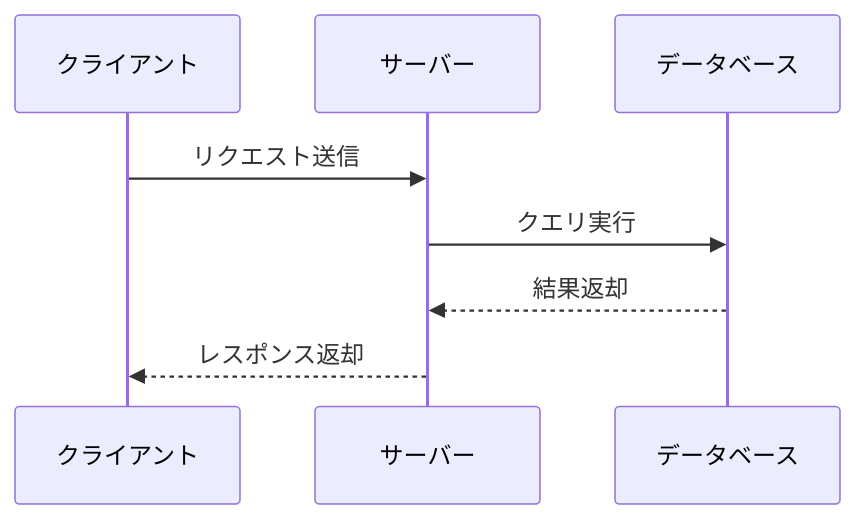
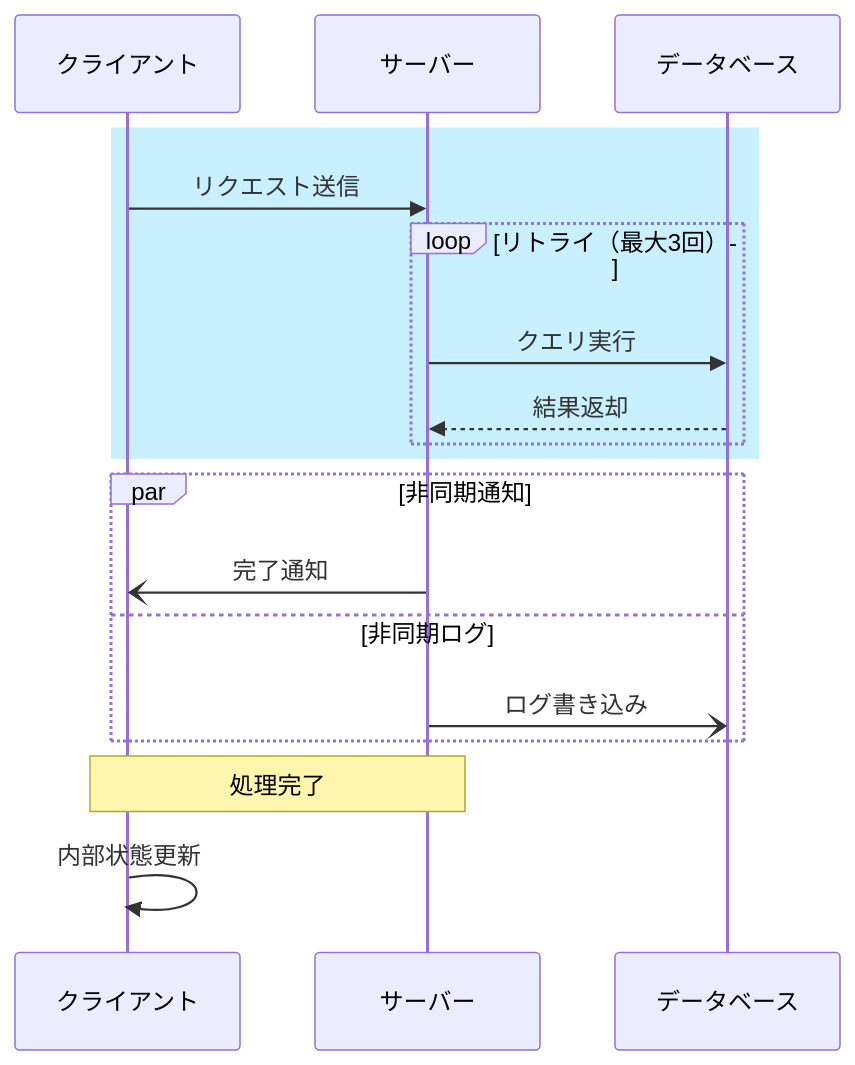
One commit to notfolder/qmd_to_pptx changed the fifth of 25 diagrams in tests/demo_full.qmd. Above: the diagram before and after it, drawn with Mermaid. The commit also changed other lines of this file and 4 other files, not shown here.

First line of the commit message:
Add sequence diagram examples and unit tests for rendering

````diff
--- a/tests/demo_full.qmd
+++ b/tests/demo_full.qmd
@@ -129,10 +153,21 @@
 ```mermaid
 sequenceDiagram
     participant A as クライアント
     participant B as サーバー
     participant C as データベース
-    A->>B: リクエスト送信
-    B->>C: クエリ実行
-    C-->>B: 結果返却
-    B-->>A: レスポンス返却
+
+    rect rgb(200, 240, 255)
+        A->>B: リクエスト送信
+        loop リトライ（最大3回）
+            B->>C: クエリ実行
+            C-->>B: 結果返却
+        end
+    end
+    par 非同期通知
+        B-)A: 完了通知
+    and 非同期ログ
+        B-)C: ログ書き込み
+    end
+    Note over A,B: 処理完了
+    A->>A: 内部状態更新
 ```
````
